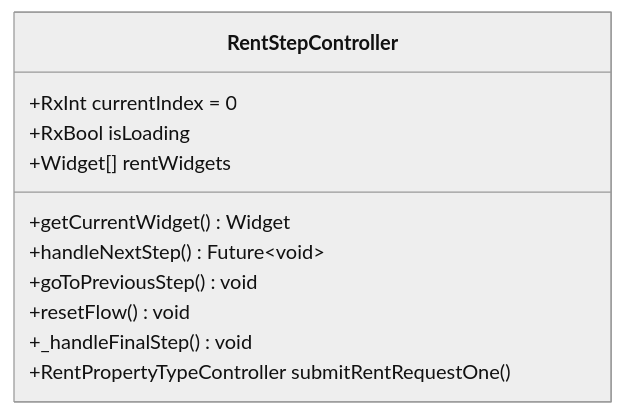
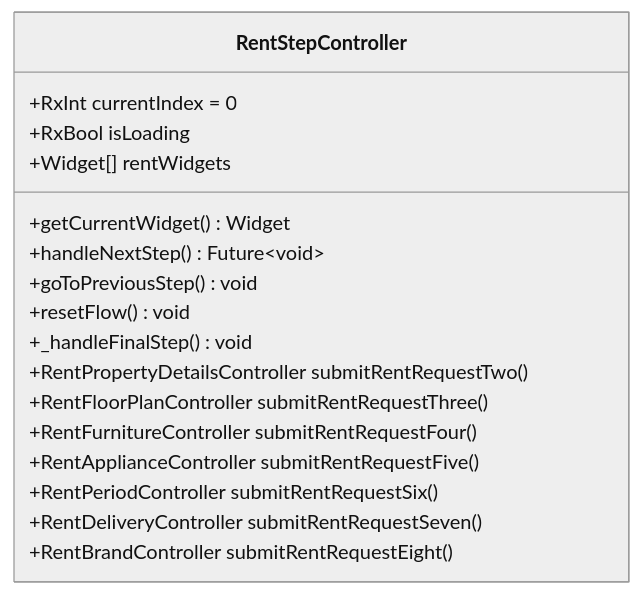
One commit to Ariful3111/FurniGo changed the third of 8 diagrams in .qoder/repowiki/en/content/Core Features/Business Services/Rent Furniture System.md. Above: the diagram before and after it, drawn with Mermaid (neutral theme). The commit also changed other lines of this file and 11 other files, not shown here.

````diff
--- a/.qoder/repowiki/en/content/Core Features/Business Services/Rent Furniture System.md
+++ b/.qoder/repowiki/en/content/Core Features/Business Services/Rent Furniture System.md
@@ -194,14 +226,20 @@
 ```mermaid
 classDiagram
 class RentStepController {
 +RxInt currentIndex = 0
 +RxBool isLoading
 +Widget[] rentWidgets
 +getCurrentWidget() Widget
 +handleNextStep() Future~void~
 +goToPreviousStep() void
 +resetFlow() void
 +_handleFinalStep() void
-+RentPropertyTypeController submitRentRequestOne()
++RentPropertyDetailsController submitRentRequestTwo()
++RentFloorPlanController submitRentRequestThree()
++RentFurnitureController submitRentRequestFour()
++RentApplianceController submitRentRequestFive()
++RentPeriodController submitRentRequestSix()
++RentDeliveryController submitRentRequestSeven()
++RentBrandController submitRentRequestEight()
 }
 ```
````
